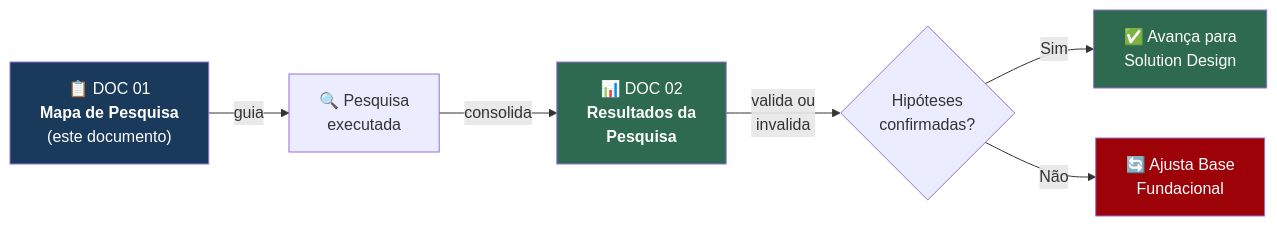
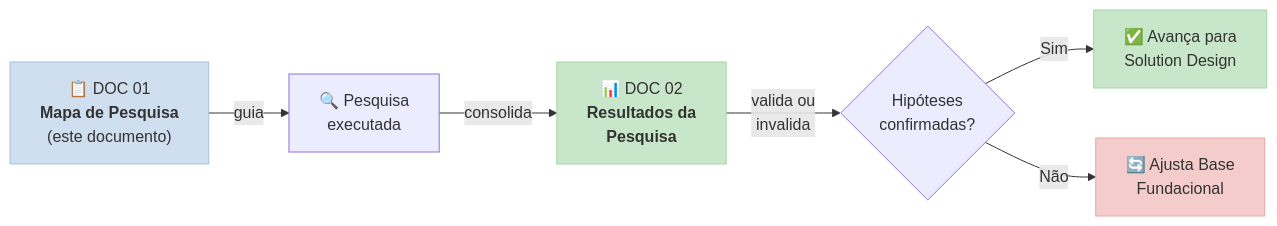
The first of 3 diagrams in project/01_MAPA_DE_PESQUISA.md (fwd-ford/forward-docs), drawn with Mermaid before and after one commit. The commit also changed other lines of this file and 1 other file, not shown here.

Commit message:
style: softer pastel colors on pie chart (DOC 00) and flowcharts (DOC 01)

````diff
--- a/project/01_MAPA_DE_PESQUISA.md
+++ b/project/01_MAPA_DE_PESQUISA.md
@@ -11,13 +11,13 @@
 ```mermaid
 flowchart LR
     A["📋 DOC 01<br><b>Mapa de Pesquisa</b><br>(este documento)"] -->|"guia"| B["🔍 Pesquisa<br>executada"]
     B -->|"consolida"| C["📊 DOC 02<br><b>Resultados da<br>Pesquisa</b>"]
     C -->|"valida ou<br>invalida"| D{"Hipóteses<br>confirmadas?"}
     D -->|"Sim"| E["✅ Avança para<br>Solution Design"]
     D -->|"Não"| F["🔄 Ajusta Base<br>Fundacional"]
 
-    style A fill:#1a3a5c,color:#fff
-    style C fill:#2d6a4f,color:#fff
-    style E fill:#2d6a4f,color:#fff
-    style F fill:#9d0208,color:#fff
+    style A fill:#d0dff0,color:#333,stroke:#a8c0db
+    style C fill:#c8e6c9,color:#333,stroke:#a5d6a7
+    style E fill:#c8e6c9,color:#333,stroke:#a5d6a7
+    style F fill:#f4cccc,color:#333,stroke:#e6a8a8
 ```
````
